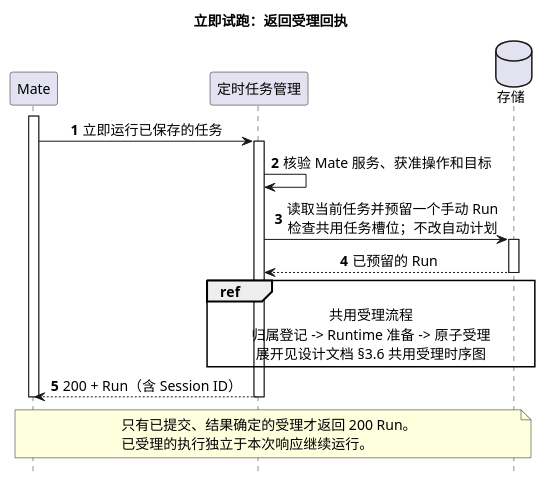
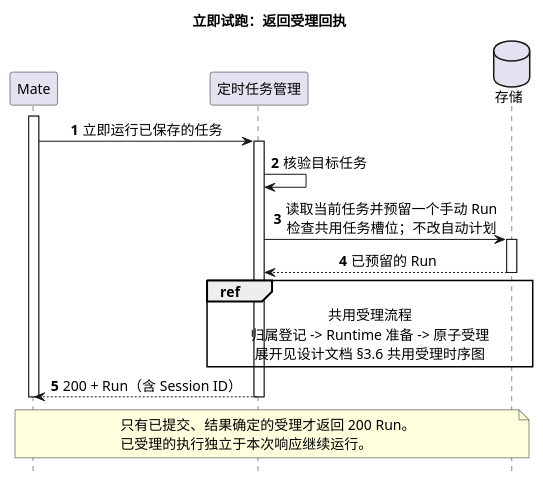
Before and after one commit to ssm0808/pi-mono-java-design: the fourth of 8 diagrams in 01-总体架构/08-CampusClaw定时任务/diagram.puml, drawn with PlantUML. The commit also changed other lines of this file and 7 other files, not shown here.

```diff
--- a/01-总体架构/08-CampusClaw定时任务/diagram.puml
+++ b/01-总体架构/08-CampusClaw定时任务/diagram.puml
@@ -245,35 +245,35 @@
 @startuml schedule_manual_run
 ' Java 基线：553dcd5e2ff682f9684810a043b442b37a02e54a；2026-10-08 拉取 main（未变化）。
 ' 源码：modules/cron/src/main/java/com/campusclaw/cron/engine/CronEngine.java triggerJob。
 ' 源码：modules/coding-agent-cli/src/main/java/com/campusclaw/codingagent/tool/cron/ManagedCronSessionRunner.java execute（旧的同步 prompt.join）。
 ' 表达方式：定时任务管理负责受理；响应不是 Runtime 完成回调。
 ' 设计原因：手动和自动入口共用受理流程和任务互斥。
 ' 目标：待实现；手动运行不移动自动计划。
 ' 表达方式：只画正常流程；失败与恢复规则见 README.md 第 5.2.1 节。
 ' 表示法：同步调用的发起方和接收方都画激活条并配返回，异步启动用开放箭头，外部触发画为来自图外的发现消息。
 title 立即试跑：返回受理回执
 hide footbox
 skinparam backgroundColor white
 skinparam defaultFontSize 14
 skinparam sequenceMessageAlign center
 participant "Mate" as Mate
 participant "定时任务管理" as Schedule
 database "存储" as Store
 autonumber
 activate Mate
 Mate -> Schedule ++ : 立即运行已保存的任务
-Schedule -> Schedule : 核验 Mate 服务、获准操作和目标
+Schedule -> Schedule : 核验目标任务
 Schedule -> Store ++ : 读取当前任务并预留一个手动 Run\n检查共用任务槽位；不改自动计划
 return 已预留的 Run
 ref over Schedule, Store
   共用受理流程
   归属登记 -> Runtime 准备 -> 原子受理
   展开见设计文档 §3.6 共用受理时序图
 end ref
 return 200 + Run（含 Session ID）
 deactivate Mate
 note over Mate, Store
   只有已提交、结果确定的受理才返回 200 Run。
   已受理的执行独立于本次响应继续运行。
 end note
 @enduml
```
